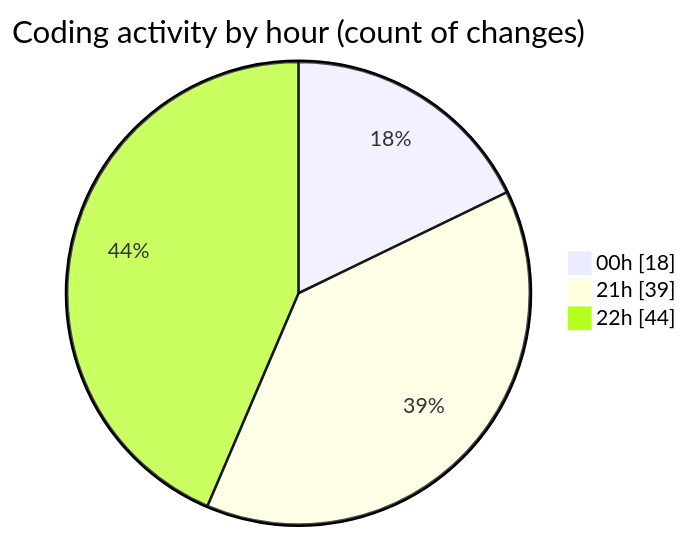
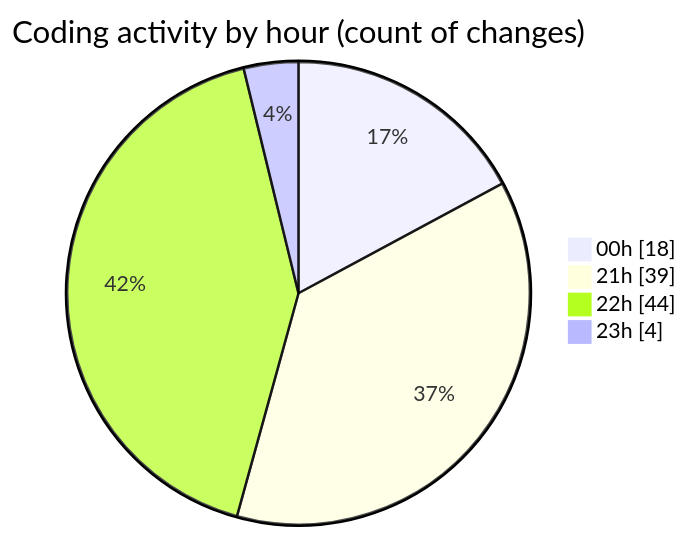
Before and after one commit to Netris89/code-tracking: the second of 2 diagrams in 2025-04-23/echo/README.md, drawn with Mermaid. The commit also changed other lines of this file and 1 other file, not shown here.

````diff
--- a/2025-04-23/echo/README.md
+++ b/2025-04-23/echo/README.md
@@ -32,7 +32,8 @@
 ```mermaid
 pie showData
 title Coding activity by hour (count of changes)
 "00h" : 18
 "21h" : 39
 "22h" : 44
+"23h" : 4
 ```
````
